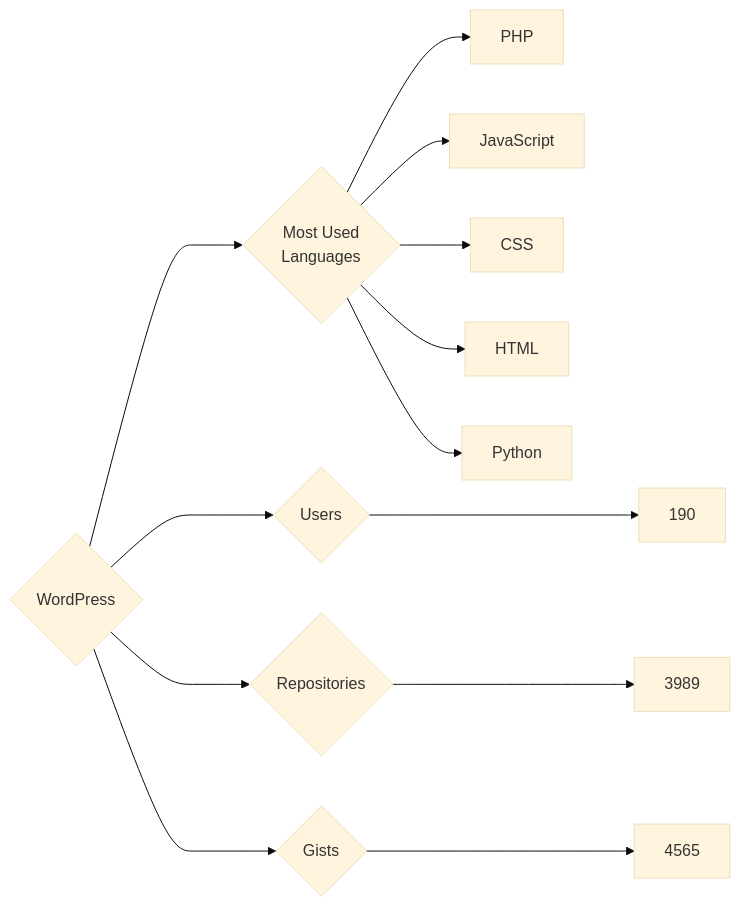
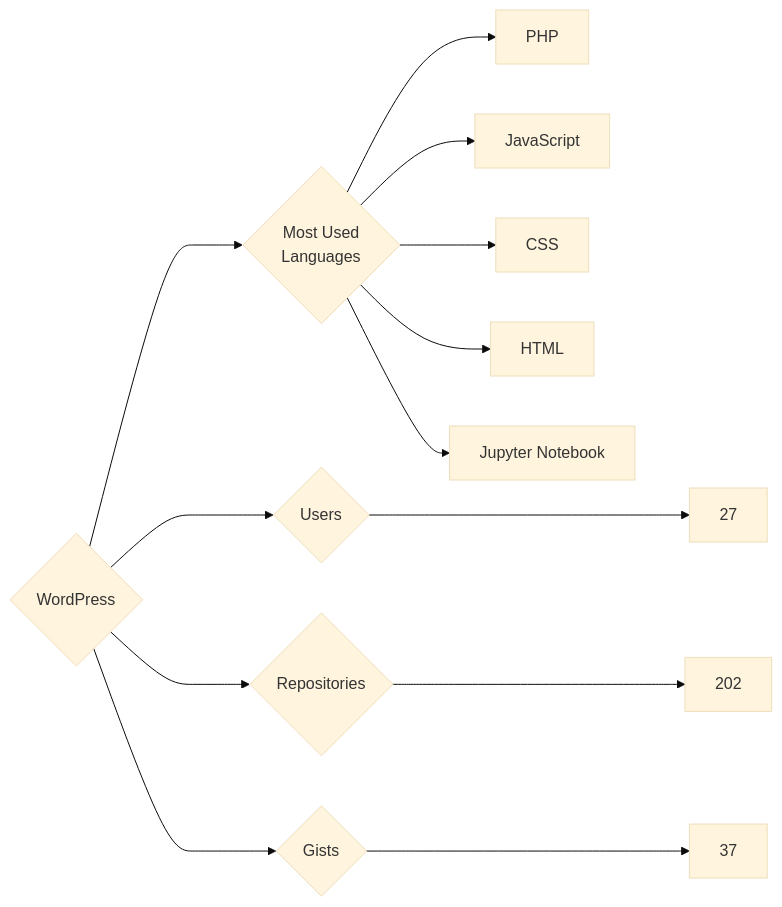
One commit to trickest/insiders changed the diagram in targets/WordPress/README.md. Above: the diagram before and after it, drawn with Mermaid (base theme). The commit also changed 597 other files, not shown here.

````diff
--- a/targets/WordPress/README.md
+++ b/targets/WordPress/README.md
@@ -3,13 +3,13 @@
 ```mermaid
 graph LR
 COMPANY_NAME{WordPress}
-COMPANY_NAME ---> U{Users} ---> UN[190]
-COMPANY_NAME ---> R{Repositories} ---> RN[3989]
-COMPANY_NAME ---> G{Gists} ---> GN[4565]
+COMPANY_NAME ---> U{Users} ---> UN[27]
+COMPANY_NAME ---> R{Repositories} ---> RN[202]
+COMPANY_NAME ---> G{Gists} ---> GN[37]
 COMPANY_NAME ---> ML{Most Used<br>Languages}
 ML --> PHP[PHP]
 ML --> JavaScript[JavaScript]
 ML --> CSS[CSS]
 ML --> HTML[HTML]
-ML --> Python[Python]
+ML --> Jupyter_Notebook[Jupyter Notebook]
 ```
````
